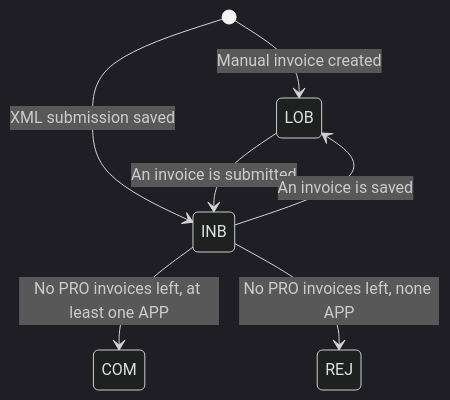
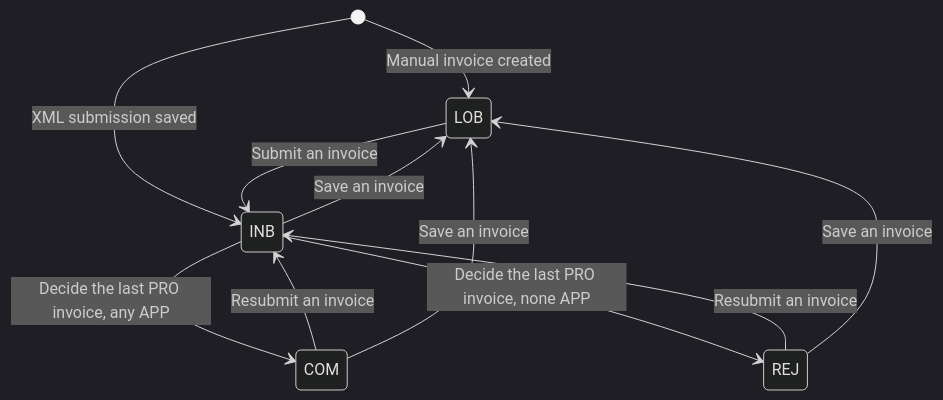
The fifth of 7 diagrams in ARCHITECTURE.md (bcgov/nr-csp), drawn with Mermaid (dark theme) before and after one commit. The commit also changed other lines of this file, not shown here.

Commit message:
docs: correct upload, submission status and logout diagrams

````diff
--- a/ARCHITECTURE.md
+++ b/ARCHITECTURE.md
@@ -306,9 +308,13 @@
 ```mermaid
 stateDiagram-v2
     [*] --> LOB: Manual invoice created
     [*] --> INB: XML submission saved
-    LOB --> INB: An invoice is submitted
-    INB --> LOB: An invoice is saved
-    INB --> COM: No PRO invoices left, at least one APP
-    INB --> REJ: No PRO invoices left, none APP
+    LOB --> INB: Submit an invoice
+    INB --> LOB: Save an invoice
+    INB --> COM: Decide the last PRO invoice, any APP
+    INB --> REJ: Decide the last PRO invoice, none APP
+    COM --> INB: Resubmit an invoice
+    REJ --> INB: Resubmit an invoice
+    COM --> LOB: Save an invoice
+    REJ --> LOB: Save an invoice
 ```
````
